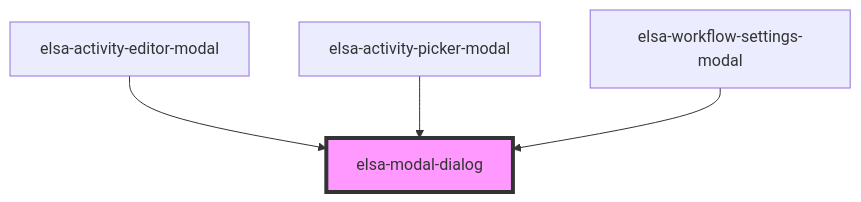
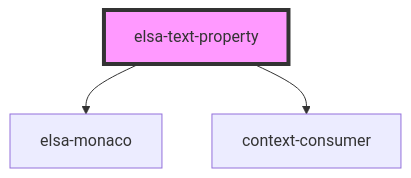
The diagram in src/designer/elsa-workflows-studio/src/components/editors/properties/elsa-text-property/readme.md (elsa-workflows/elsa-core), drawn with Mermaid before and after one commit. The commit also changed other lines of this file and 38 other files, not shown here.

````diff
--- a/src/designer/elsa-workflows-studio/src/components/editors/properties/elsa-text-property/readme.md
+++ b/src/designer/elsa-workflows-studio/src/components/editors/properties/elsa-text-property/readme.md
@@ -40,7 +28,6 @@
 ```mermaid
 graph TD;
-  elsa-activity-editor-modal --> elsa-modal-dialog
-  elsa-activity-picker-modal --> elsa-modal-dialog
-  elsa-workflow-settings-modal --> elsa-modal-dialog
-  style elsa-modal-dialog fill:#f9f,stroke:#333,stroke-width:4px
+  elsa-text-property --> elsa-monaco
+  elsa-text-property --> context-consumer
+  style elsa-text-property fill:#f9f,stroke:#333,stroke-width:4px
 ```
````
